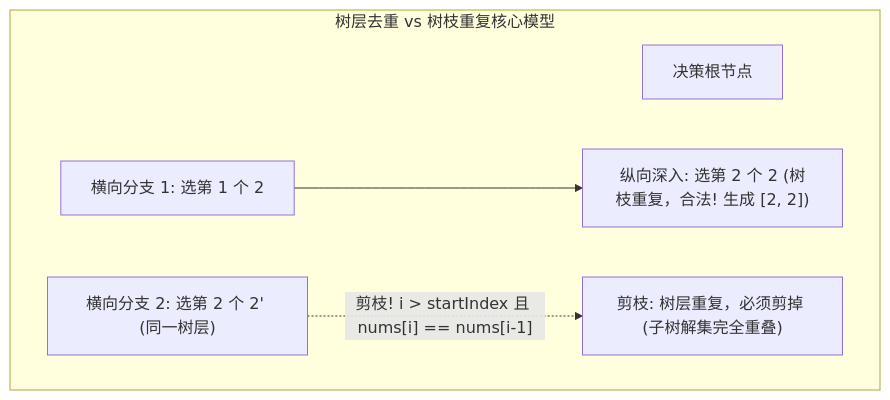
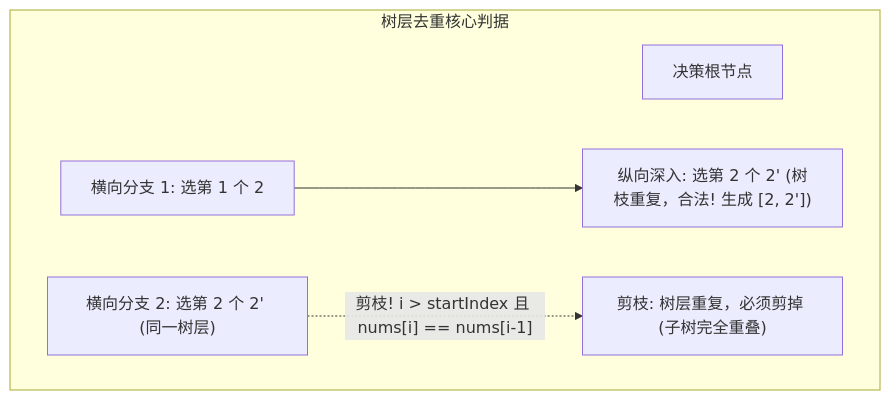
One commit to GuoWWWX/knowledge-base changed the second of 2 diagrams in 30-算法与数据结构/02-算法思想/08-02-回溯算法.md. Above: the diagram before and after it, drawn with Mermaid. The commit also changed other lines of this file and 1 other file, not shown here.

````diff
--- a/30-算法与数据结构/02-算法思想/08-02-回溯算法.md
+++ b/30-算法与数据结构/02-算法思想/08-02-回溯算法.md
@@ -368,10 +207,10 @@
 ```mermaid
 flowchart TD
-    subgraph DeDup["树层去重 vs 树枝重复核心模型"]
+    subgraph DeDup["树层去重核心判据"]
         Root["决策根节点"]
         B1["横向分支 1: 选第 1 个 2"]
         B2["横向分支 2: 选第 2 个 2' (同一树层)"]
-        B1 --> S1["纵向深入: 选第 2 个 2 (树枝重复，合法! 生成 [2, 2])"]
-        B2 -.->|"剪枝! i > startIndex 且 nums[i] == nums[i-1]"| Cut["剪枝: 树层重复，必须剪掉 (子树解集完全重叠)"]
+        B1 --> S1["纵向深入: 选第 2 个 2' (树枝重复，合法! 生成 [2, 2'])"]
+        B2 -.->|"剪枝! i > startIndex 且 nums[i] == nums[i-1]"| Cut["剪枝: 树层重复，必须剪掉 (子树完全重叠)"]
     end
 ```
````
